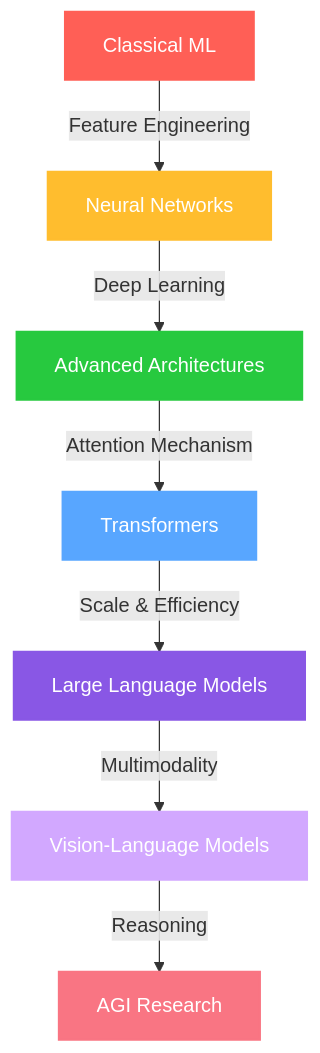
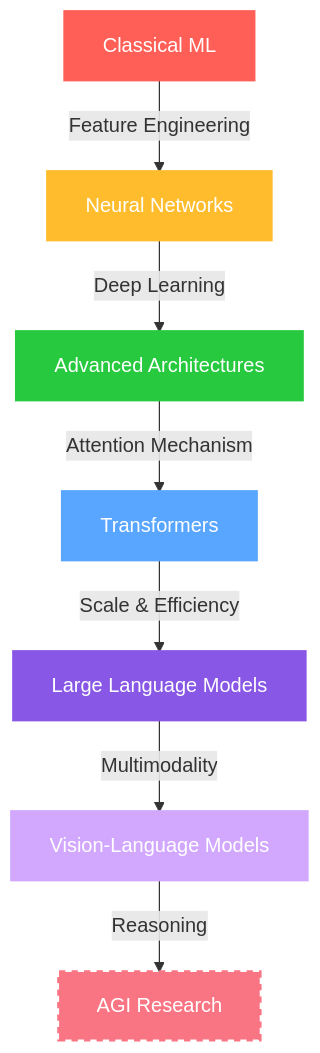
One commit to mandrita16/mandrita16 changed the diagram in README.md. Above: the diagram before and after it, drawn with Mermaid. The commit also changed other lines of this file, not shown here.

````diff
--- a/README.md
+++ b/README.md
@@ -98,17 +136,17 @@
 ```mermaid
 graph TD
     A[Classical ML] -->|Feature Engineering| B[Neural Networks]
     B -->|Deep Learning| C[Advanced Architectures]
     C -->|Attention Mechanism| D[Transformers]
     D -->|Scale & Efficiency| E[Large Language Models]
     E -->|Multimodality| F[Vision-Language Models]
     F -->|Reasoning| G[AGI Research]
     
-    style A fill:#ff5f56,stroke:#ff5f56,color:white,stroke-width:2px
-    style B fill:#ffbd2e,stroke:#ffbd2e,color:white,stroke-width:2px
-    style C fill:#27c93f,stroke:#27c93f,color:white,stroke-width:2px
-    style D fill:#58a6ff,stroke:#58a6ff,color:white,stroke-width:2px
-    style E fill:#8957e5,stroke:#8957e5,color:white,stroke-width:2px
-    style F fill:#d2a8ff,stroke:#d2a8ff,color:white,stroke-width:2px
-    style G fill:#f97583,stroke:#f97583,color:white,stroke-width:2px
+    style A fill:#ff5f56,stroke:#ff5f56,color:white,stroke-width:3px
+    style B fill:#ffbd2e,stroke:#ffbd2e,color:white,stroke-width:3px
+    style C fill:#27c93f,stroke:#27c93f,color:white,stroke-width:3px
+    style D fill:#58a6ff,stroke:#58a6ff,color:white,stroke-width:3px
+    style E fill:#8957e5,stroke:#8957e5,color:white,stroke-width:3px
+    style F fill:#d2a8ff,stroke:#d2a8ff,color:white,stroke-width:3px
+    style G fill:#f97583,stroke:#f97583,color:white,stroke-width:3px,stroke-dasharray: 5 5
 ```
````
